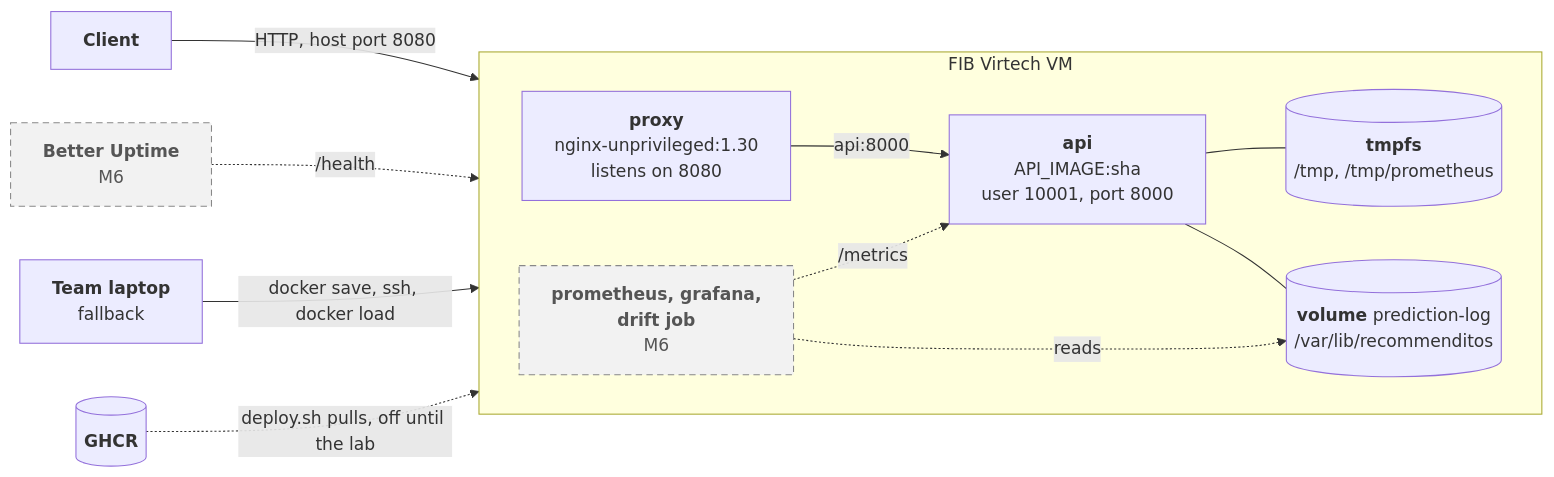
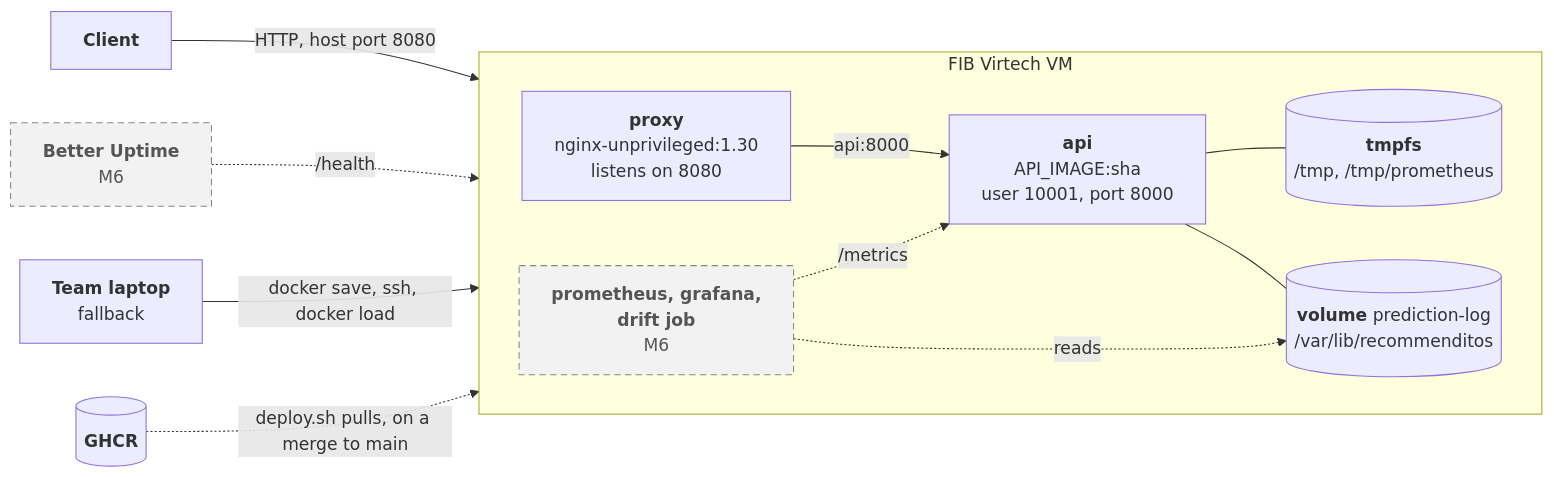
The third of 3 diagrams in docs/docs/architecture.md (mlops-2627q1-mds-upc/MLOPS_Recommenditos), drawn with Mermaid before and after one commit. The commit also changed other lines of this file and 2 other files, not shown here.

First paragraph of the commit message:
docs: say that CD to the VM is on (#247)
## What and why

````diff
--- a/docs/docs/architecture.md
+++ b/docs/docs/architecture.md
@@ -93,29 +93,29 @@
 ```mermaid
 flowchart LR
     d_user["<b>Client</b>"]
     d_uptime["<b>Better Uptime</b><br/>M6"]
     d_laptop["<b>Team laptop</b><br/>fallback"]
     d_ghcr[("<b>GHCR</b>")]
 
     subgraph d_vm["FIB Virtech VM"]
         direction LR
         d_proxyc["<b>proxy</b><br/>nginx-unprivileged:1.30<br/>listens on 8080"]
         d_apic["<b>api</b><br/>API_IMAGE:sha<br/>user 10001, port 8000"]
         d_m6["<b>prometheus, grafana,<br/>drift job</b><br/>M6"]
         d_tmpfs[("<b>tmpfs</b><br/>/tmp, /tmp/prometheus")]
         d_vol[("<b>volume</b> prediction-log<br/>/var/lib/recommenditos")]
     end
 
     d_user -->|"HTTP, host port 8080"| d_proxyc
     d_uptime -.->|"/health"| d_proxyc
     d_laptop -->|"docker save, ssh, docker load"| d_apic
-    d_ghcr -.->|"deploy.sh pulls, off until the lab"| d_apic
+    d_ghcr -.->|"deploy.sh pulls, on a merge to main"| d_apic
     d_proxyc -->|"api:8000"| d_apic
     d_m6 -.->|"/metrics"| d_apic
     d_apic --- d_tmpfs
     d_apic --- d_vol
     d_m6 -.->|"reads"| d_vol
 
     classDef later fill:#f2f2f2,stroke:#888,color:#555,stroke-dasharray:6 4
     class d_uptime,d_m6 later
 ```
````
